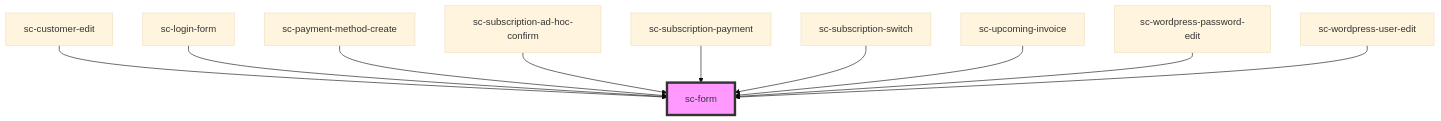
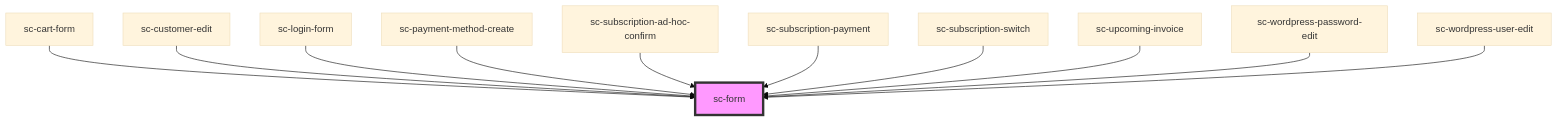
One commit to surecart/surecart-wp-plugin changed the diagram in packages/components/src/components/ui/form/readme.md. Above: the diagram before and after it, drawn with Mermaid (base theme). The commit also changed other lines of this file and 88 other files, not shown here.

````diff
--- a/packages/components/src/components/ui/form/readme.md
+++ b/packages/components/src/components/ui/form/readme.md
@@ -89,13 +90,14 @@
 ```mermaid
 graph TD;
+  sc-cart-form --> sc-form
   sc-customer-edit --> sc-form
   sc-login-form --> sc-form
   sc-payment-method-create --> sc-form
   sc-subscription-ad-hoc-confirm --> sc-form
   sc-subscription-payment --> sc-form
   sc-subscription-switch --> sc-form
   sc-upcoming-invoice --> sc-form
   sc-wordpress-password-edit --> sc-form
   sc-wordpress-user-edit --> sc-form
   style sc-form fill:#f9f,stroke:#333,stroke-width:4px
 ```
````
